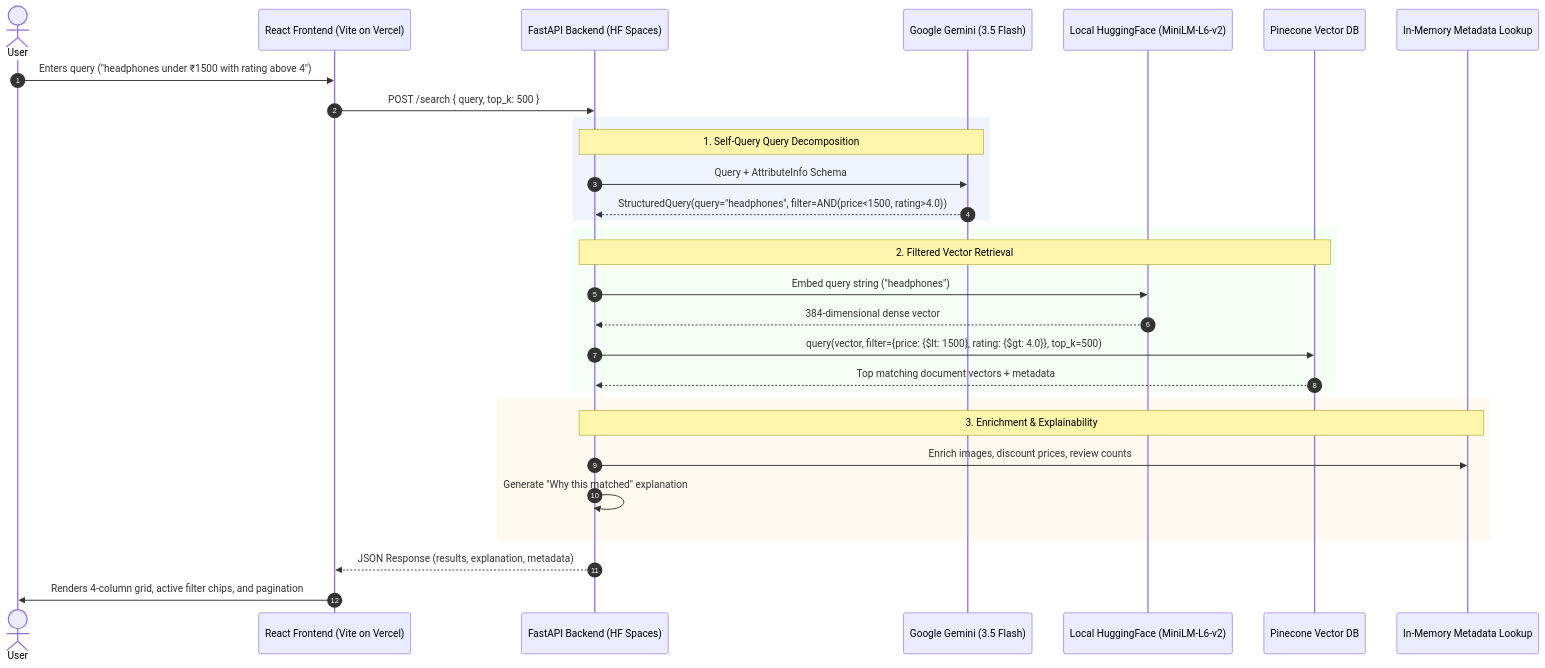
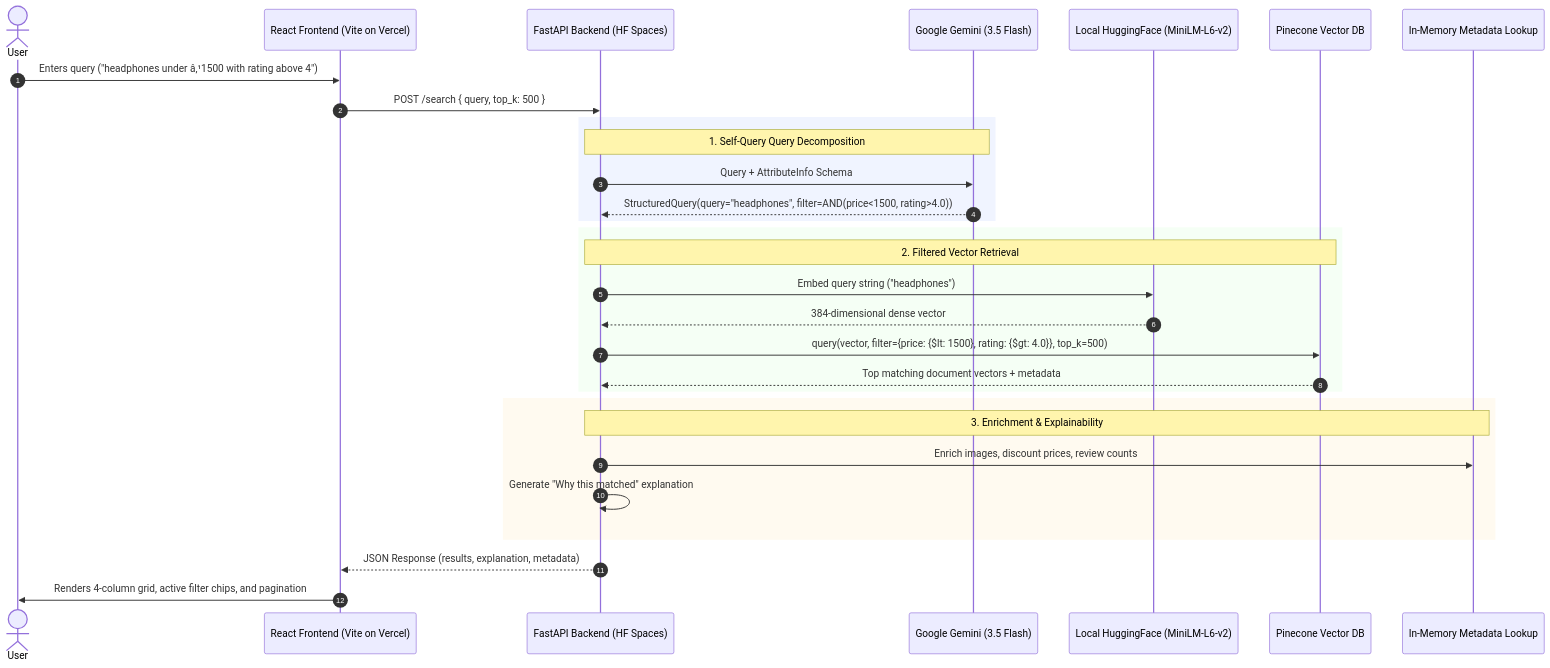
One commit to DhrumilKhatiwala/SmartFind changed the diagram in README.md. Above: the diagram before and after it, drawn with Mermaid. The commit also changed other lines of this file and 4 other files, not shown here.

````diff
--- a/README.md
+++ b/README.md
@@ -92,37 +92,37 @@
 ```mermaid
 sequenceDiagram
     autonumber
     actor User
     participant React as React Frontend (Vite on Vercel)
     participant FastAPI as FastAPI Backend (HF Spaces)
     participant Gemini as Google Gemini (3.5 Flash)
     participant Embed as Local HuggingFace (MiniLM-L6-v2)
     participant Pinecone as Pinecone Vector DB
     participant Lookup as In-Memory Metadata Lookup
 
-    User->>React: Enters query ("headphones under ₹1500 with rating above 4")
+    User->>React: Enters query ("headphones under â‚¹1500 with rating above 4")
     React->>FastAPI: POST /search { query, top_k: 500 }
 
     rect rgb(240, 244, 255)
         note over FastAPI,Gemini: 1. Self-Query Query Decomposition
         FastAPI->>Gemini: Query + AttributeInfo Schema
         Gemini-->>FastAPI: StructuredQuery(query="headphones", filter=AND(price<1500, rating>4.0))
     end
 
     rect rgb(245, 255, 245)
         note over FastAPI,Pinecone: 2. Filtered Vector Retrieval
         FastAPI->>Embed: Embed query string ("headphones")
         Embed-->>FastAPI: 384-dimensional dense vector
         FastAPI->>Pinecone: query(vector, filter={price: {$lt: 1500}, rating: {$gt: 4.0}}, top_k=500)
         Pinecone-->>FastAPI: Top matching document vectors + metadata
     end
 
     rect rgb(255, 250, 240)
         note over FastAPI,Lookup: 3. Enrichment & Explainability
         FastAPI->>Lookup: Enrich images, discount prices, review counts
         FastAPI->>FastAPI: Generate "Why this matched" explanation
     end
 
     FastAPI-->>React: JSON Response (results, explanation, metadata)
     React->>User: Renders 4-column grid, active filter chips, and pagination
 ```
````
